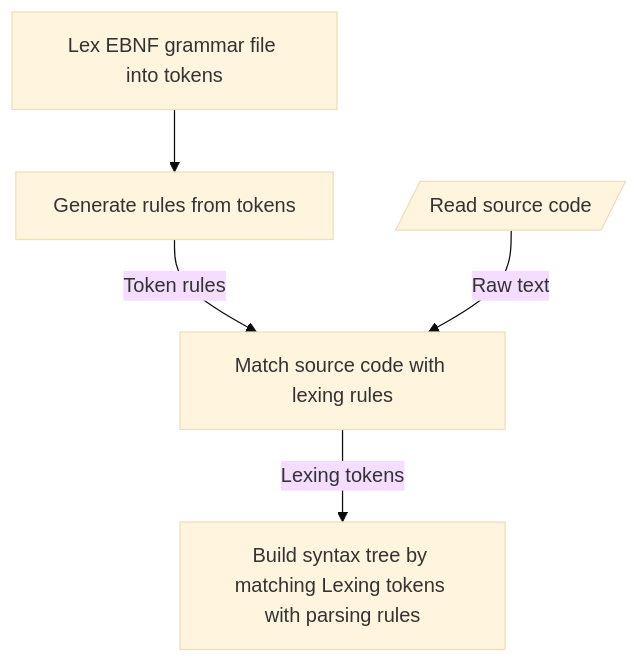
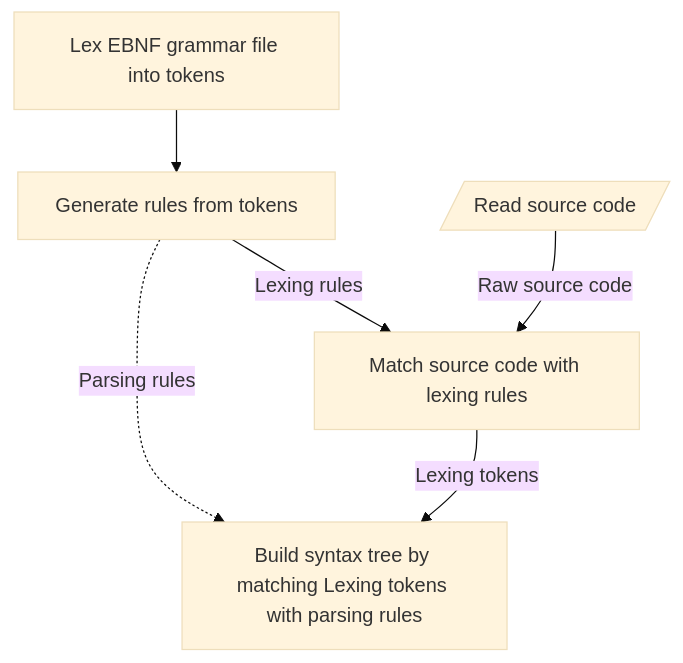
The first of 2 diagrams in docs/working.md (abelvandenbussche/compiler), drawn with Mermaid (base theme) before and after one commit. The commit also changed other lines of this file, not shown here.

Commit message:
Update workings flowcharts

````diff
--- a/docs/working.md
+++ b/docs/working.md
@@ -31,16 +2,17 @@
 ```mermaid 
 flowchart TD
 
-lexing[Lex EBNF grammar file into tokens]
+grammar_lexing[Lex EBNF grammar file into tokens]
 rule_gen[Generate rules from tokens]
 
 source_code[/Read source code/]
-rule_matching[Match source code with lexing rules]
+source_lexing[Match source code with lexing rules]
 
 build_tree[Build syntax tree by matching Lexing tokens with parsing rules]
 
-lexing --> rule_gen
-rule_gen --> |Token rules| rule_matching
-source_code --> |Raw text| rule_matching
-rule_matching --> |Lexing tokens| build_tree
+grammar_lexing --> rule_gen
+rule_gen --> |Lexing rules| source_lexing
+source_code --> |Raw source code| source_lexing
+source_lexing --> |Lexing tokens| build_tree
+rule_gen -.-> |Parsing rules| build_tree
 ``` 
````
